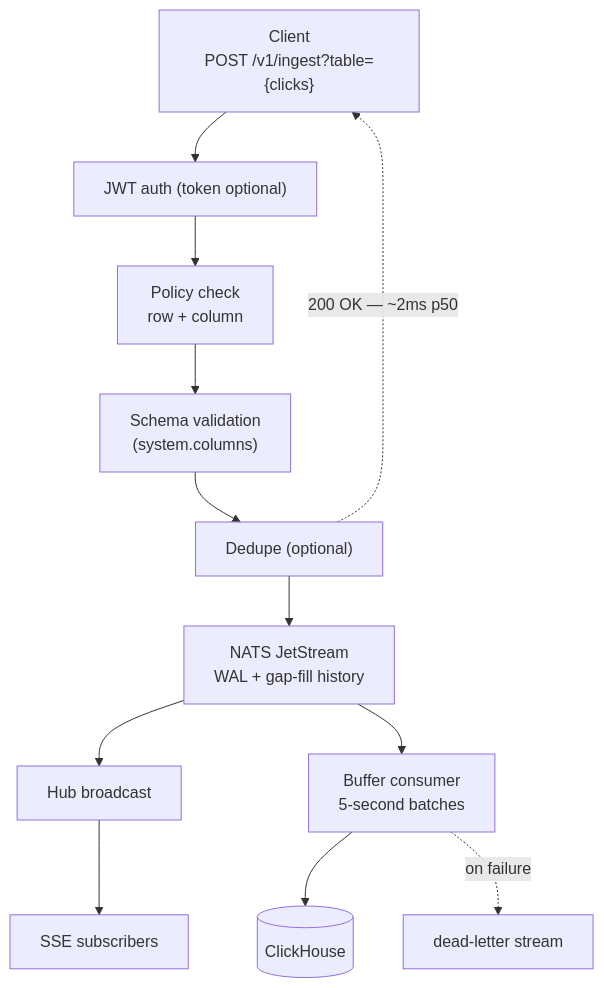
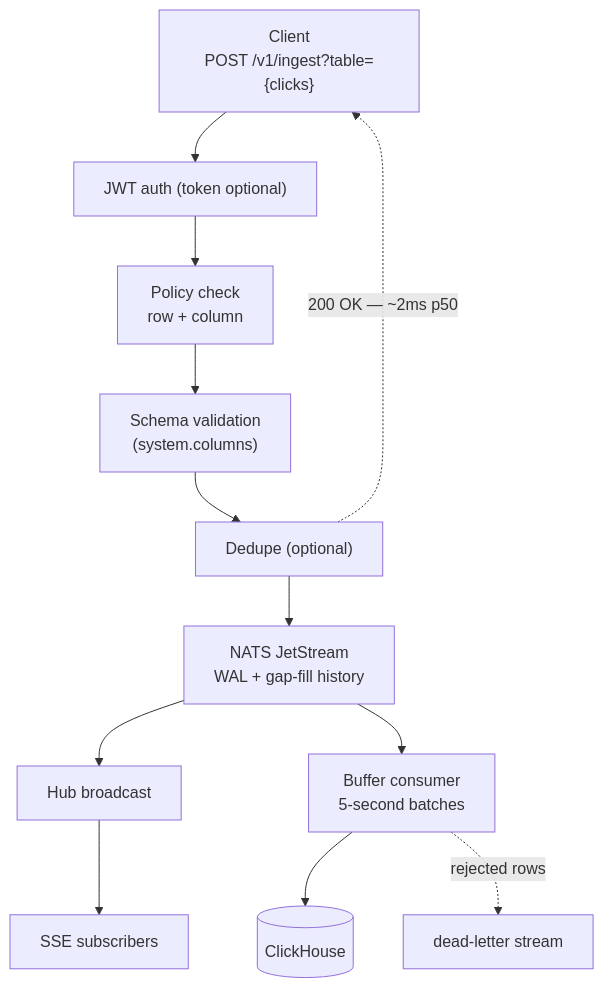
One commit to Wave-RF/WaveHouse changed the sixth of 7 diagrams in docs/src/content/docs/why-wavehouse.md. Above: the diagram before and after it, drawn with Mermaid. The commit also changed other lines of this file and 21 other files, not shown here.

````diff
--- a/docs/src/content/docs/why-wavehouse.md
+++ b/docs/src/content/docs/why-wavehouse.md
@@ -209,17 +209,17 @@
 ```mermaid
 flowchart TB
     C["Client<br/>POST /v1/ingest?table={clicks}"]:::client
     C --> AUTH["JWT auth (token optional)"]:::wh
     AUTH --> POL["Policy check<br/>row + column"]:::wh
     POL --> VAL["Schema validation<br/>(system.columns)"]:::wh
     VAL --> DD["Dedupe (optional)"]:::wh
     DD --> NATS["NATS JetStream<br/>WAL + gap-fill history"]:::store
     DD -. "200 OK — ~2ms p50" .-> C
 
     NATS --> HUB["Hub broadcast"]:::wh
     HUB --> RT["SSE subscribers"]:::client
 
     NATS --> BC["Buffer consumer<br/>5-second batches"]:::wh
     BC --> CH[("ClickHouse")]:::store
-    BC -. "on failure" .-> DLQ["dead-letter stream"]:::fail
+    BC -. "rejected rows" .-> DLQ["dead-letter stream"]:::fail
 ```
````
